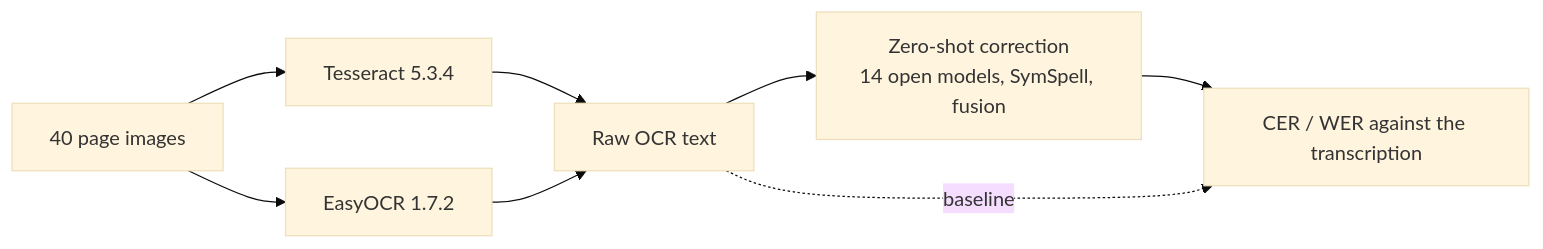
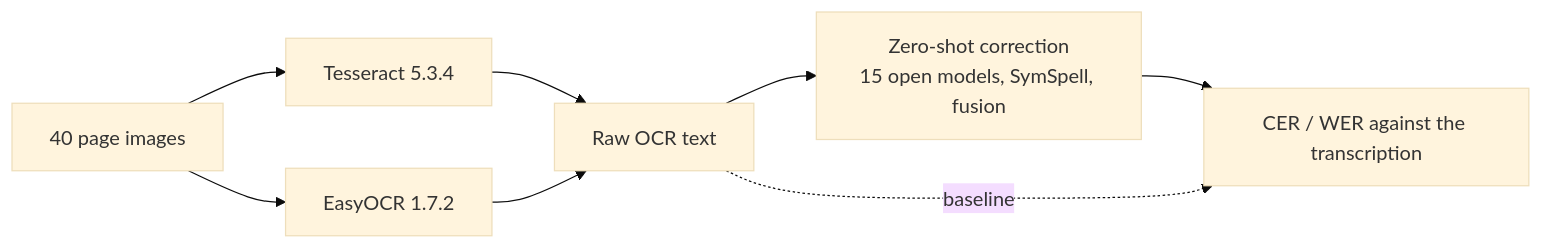
Before and after one commit to Ariffurrhmn/bengali-postocr-sllm: the diagram in README.md, drawn with Mermaid (base theme). The commit also changed other lines of this file and 23 other files, not shown here.

````diff
--- a/README.md
+++ b/README.md
@@ -10,10 +10,10 @@
 ```mermaid
 flowchart LR
     A["40 page images"] --> B["Tesseract 5.3.4"]
     A --> C["EasyOCR 1.7.2"]
     B --> D["Raw OCR text"]
     C --> D
-    D --> E["Zero-shot correction<br/>14 open models, SymSpell, fusion"]
+    D --> E["Zero-shot correction<br/>15 open models, SymSpell, fusion"]
     E --> F["CER / WER against the transcription"]
     D -. "baseline" .-> F
 ```
````
